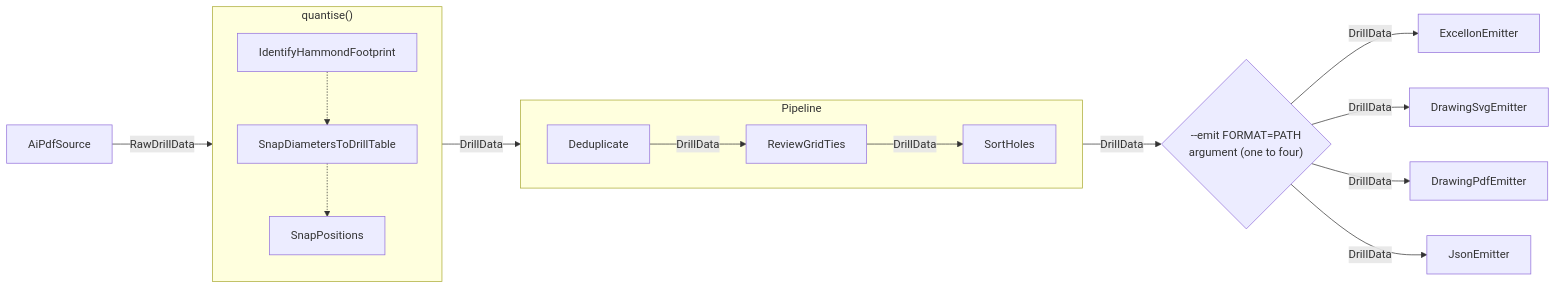
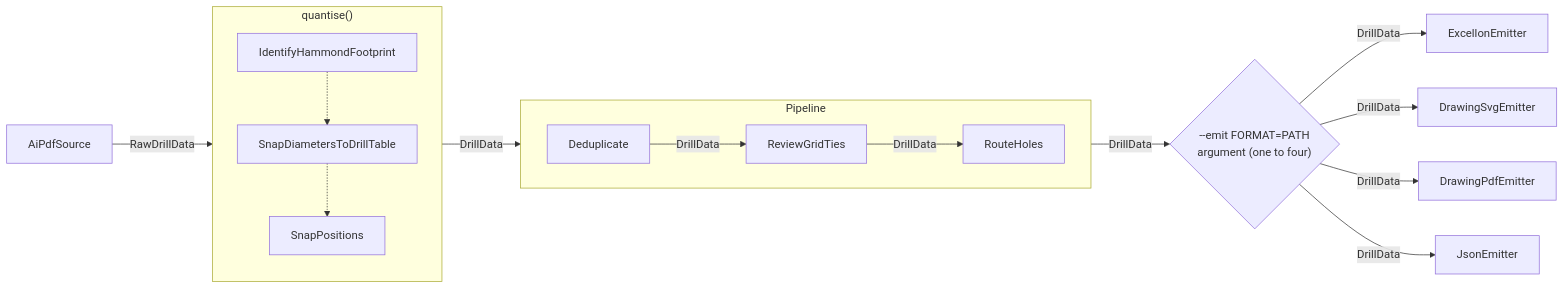
The diagram in docs/adr/0001-pipeline-and-emitter-adapters.md (sheophe/stompcad), drawn with Mermaid before and after one commit. The commit also changed other lines of this file and 11 other files, not shown here.

Commit message:
Rename SortHoles to RouteHoles ahead of its new job

````diff
--- a/docs/adr/0001-pipeline-and-emitter-adapters.md
+++ b/docs/adr/0001-pipeline-and-emitter-adapters.md
@@ -38,36 +38,36 @@
 ```mermaid
 flowchart LR
     source["AiPdfSource"]
 
     subgraph quantise["quantise()"]
         direction TB
         footprint["IdentifyHammondFootprint"]
         snap_drill["SnapDiametersToDrillTable"]
         snap_position["SnapPositions"]
         footprint -.-> snap_drill
         snap_drill -.-> snap_position
     end
 
     subgraph pipeline["Pipeline"]
         direction LR
         dedupe["Deduplicate"]
         ties["ReviewGridTies"]
-        sort["SortHoles"]
+        route["RouteHoles"]
         dedupe -->|DrillData| ties
-        ties -->|DrillData| sort
+        ties -->|DrillData| route
     end
 
     excellon["ExcellonEmitter"]
     drawing["DrawingSvgEmitter"]
     drawing_pdf["DrawingPdfEmitter"]
     json["JsonEmitter"]
     selected{"--emit FORMAT=PATH<br/>argument (one to four)"}
 
     source -->|RawDrillData| quantise
     quantise -->|DrillData| dedupe
-    sort -->|DrillData| selected
+    route -->|DrillData| selected
     selected -->|DrillData| excellon
     selected -->|DrillData| drawing
     selected -->|DrillData| drawing_pdf
     selected -->|DrillData| json
 ```
````
